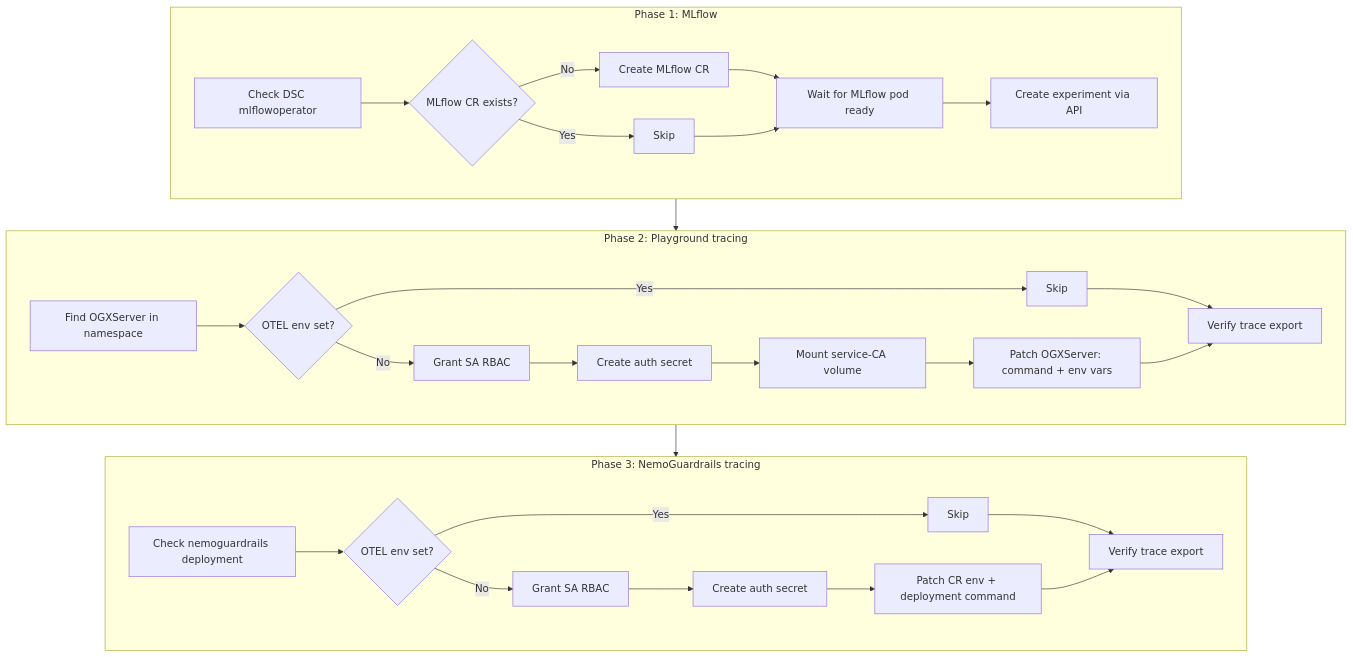
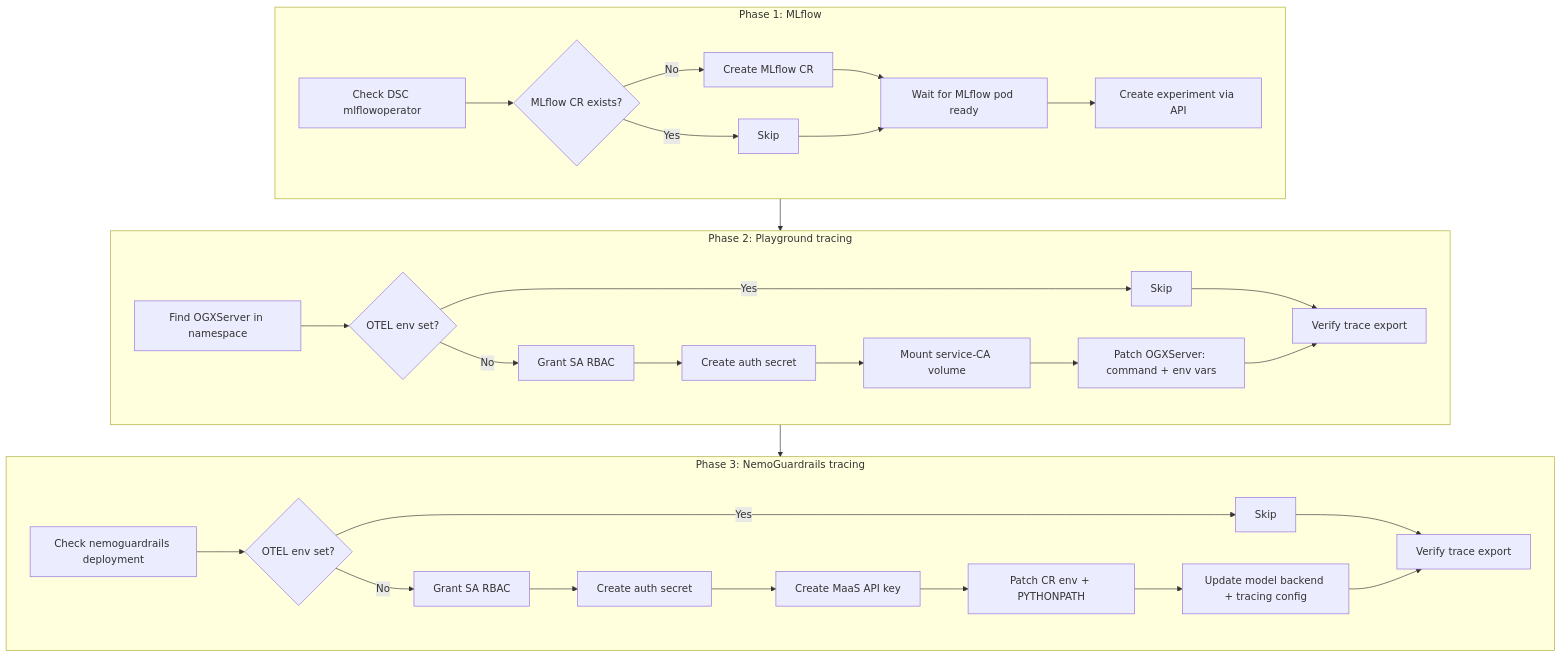
The diagram in docs/mlflow-tracing-guide.md (micytao/rhoai-demo-guide), drawn with Mermaid before and after one commit. The commit also changed other lines of this file and 2 other files, not shown here.

First line of the commit message:
Update docs to reflect MaaS auto-detection and API key creation

````diff
--- a/docs/mlflow-tracing-guide.md
+++ b/docs/mlflow-tracing-guide.md
@@ -43,32 +43,34 @@
 ```mermaid
 flowchart TD
     subgraph phase1 [Phase 1: MLflow]
         A[Check DSC mlflowoperator] --> B{MLflow CR exists?}
         B -->|No| C[Create MLflow CR]
         B -->|Yes| D[Skip]
         C --> E[Wait for MLflow pod ready]
         D --> E
         E --> F[Create experiment via API]
     end
     subgraph phase2 [Phase 2: Playground tracing]
         G[Find OGXServer in namespace] --> H{OTEL env set?}
         H -->|No| I[Grant SA RBAC]
         H -->|Yes| K[Skip]
         I --> J[Create auth secret]
         J --> L[Mount service-CA volume]
         L --> M[Patch OGXServer: command + env vars]
         K --> N[Verify trace export]
         M --> N
     end
     subgraph phase3 [Phase 3: NemoGuardrails tracing]
         O[Check nemoguardrails deployment] --> P{OTEL env set?}
         P -->|No| Q[Grant SA RBAC]
         P -->|Yes| S[Skip]
         Q --> R[Create auth secret]
-        R --> T[Patch CR env + deployment command]
+        R --> R2[Create MaaS API key]
+        R2 --> T[Patch CR env + PYTHONPATH]
+        T --> T2[Update model backend + tracing config]
         S --> U[Verify trace export]
-        T --> U
+        T2 --> U
     end
     phase1 --> phase2
     phase2 --> phase3
 ```
````
